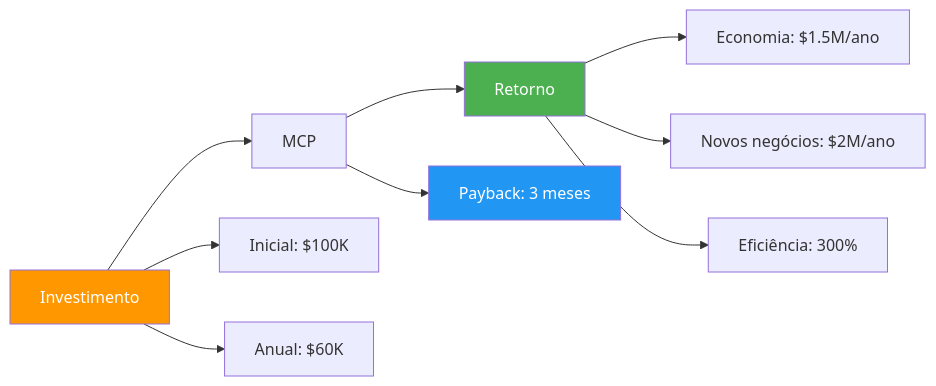
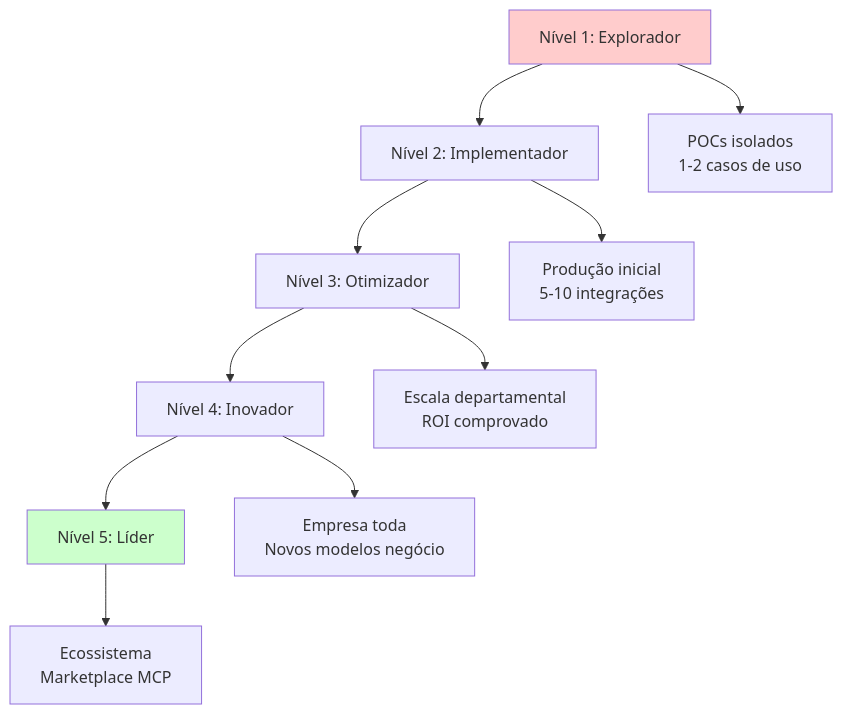
Before and after one commit to felipepimentel/my-public-notes: the tenth of 25 diagrams in AI/Comunicação/MCP/00-mcp-presentation-product.md, drawn with Mermaid. The commit also changed other lines of this file, not shown here.

````diff
--- a/AI/Comunicação/MCP/00-mcp-presentation-product.md
+++ b/AI/Comunicação/MCP/00-mcp-presentation-product.md
@@ -222,18 +247,16 @@
 ```mermaid
-graph LR
-    INV[Investimento] --> MCP[MCP]
-    MCP --> RET[Retorno]
+graph TD
+    LVL1[Nível 1: Explorador] --> LVL2[Nível 2: Implementador]
+    LVL2 --> LVL3[Nível 3: Otimizador]
+    LVL3 --> LVL4[Nível 4: Inovador]
+    LVL4 --> LVL5[Nível 5: Líder]
     
-    INV --> I1[Inicial: $100K]
-    INV --> I2[Anual: $60K]
+    LVL1 --> D1[POCs isolados<br/>1-2 casos de uso]
+    LVL2 --> D2[Produção inicial<br/>5-10 integrações]
+    LVL3 --> D3[Escala departamental<br/>ROI comprovado]
+    LVL4 --> D4[Empresa toda<br/>Novos modelos negócio]
+    LVL5 --> D5[Ecossistema<br/>Marketplace MCP]
     
-    RET --> R1[Economia: $1.5M/ano]
-    RET --> R2[Novos negócios: $2M/ano]
-    RET --> R3[Eficiência: 300%]
-    
-    MCP --> PAYBACK[Payback: 3 meses]
-    
-    style INV fill:#ff9800,color:#fff
-    style RET fill:#4CAF50,color:#fff
-    style PAYBACK fill:#2196F3,color:#fff
+    style LVL1 fill:#ffcccc
+    style LVL5 fill:#ccffcc
 ```
````
